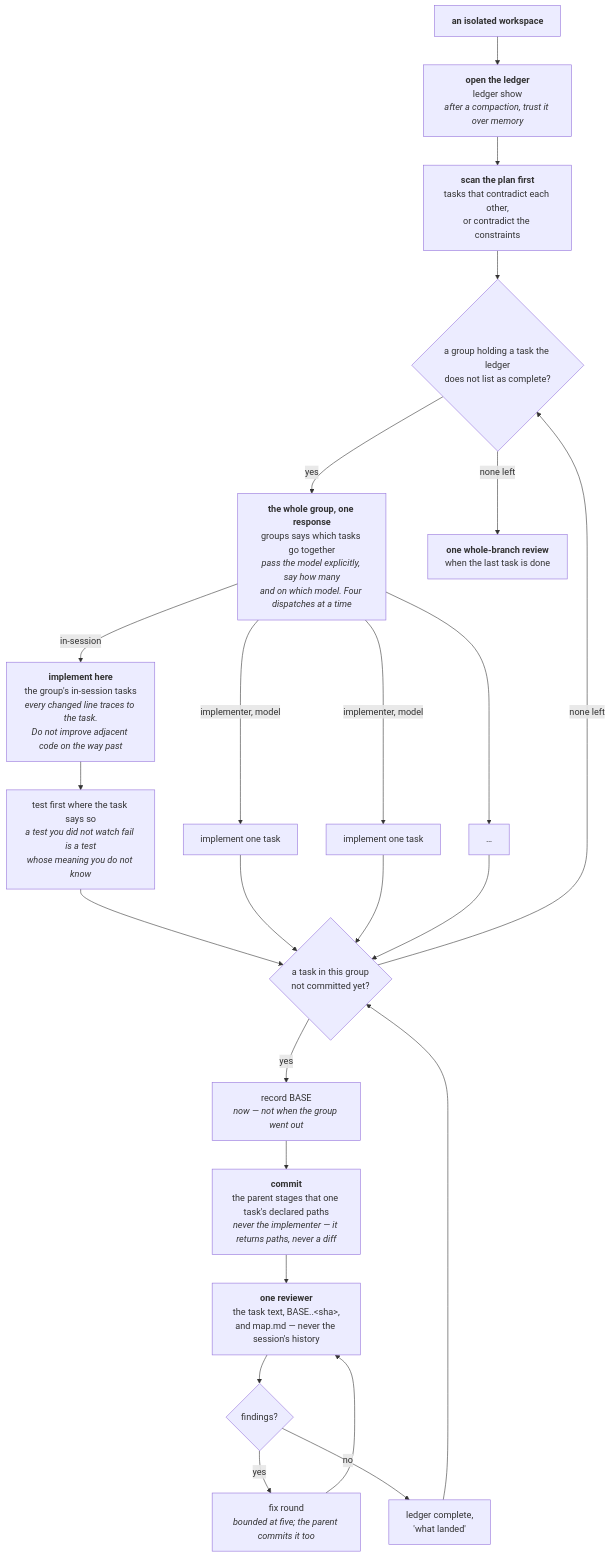
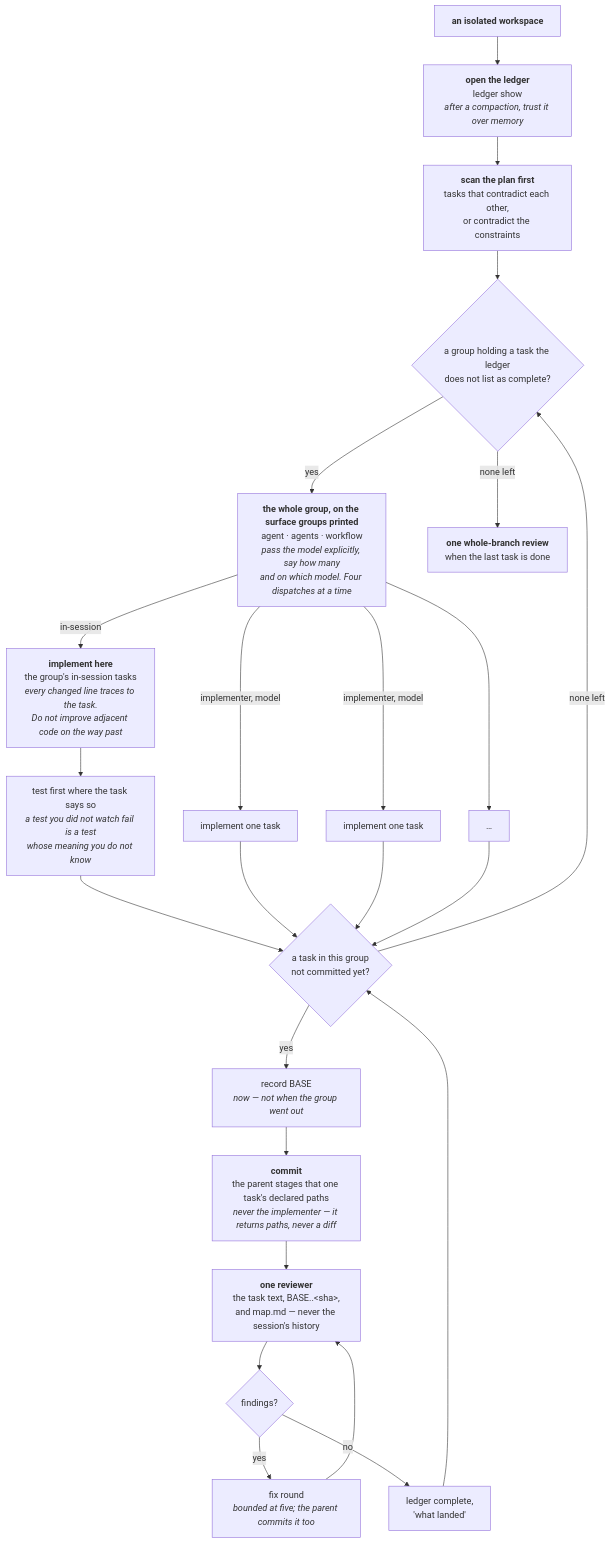
The fourth of 8 diagrams in docs/pipeline.md (FanFantom9452/FanKeel), drawn with Mermaid before and after one commit. The commit also changed other lines of this file and 2 other files, not shown here.

````diff
--- a/docs/pipeline.md
+++ b/docs/pipeline.md
@@ -454,43 +462,43 @@
 ```mermaid
 flowchart TD
     S1["<b>an isolated workspace</b>"]
     S2["<b>open the ledger</b><br/>ledger show<br/><i>after a compaction, trust it over memory</i>"]
     S3["<b>scan the plan first</b><br/>tasks that contradict each other,<br/>or contradict the constraints"]
     L{"a group holding a task the ledger<br/>does not list as complete?"}
-    D["<b>the whole group, one response</b><br/>groups says which tasks go together<br/><i>pass the model explicitly, say how many<br/>and on which model. Four dispatches at a time</i>"]
+    D["<b>the whole group, on the surface groups printed</b><br/>agent · agents · workflow<br/><i>pass the model explicitly, say how many<br/>and on which model. Four dispatches at a time</i>"]
     T2a["<b>implement here</b><br/>the group's in-session tasks<br/><i>every changed line traces to the task.<br/>Do not improve adjacent code on the way past</i>"]
     T2b1["implement one task"]
     T2b2["implement one task"]
     T2b3["…"]
     T3["test first where the task says so<br/><i>a test you did not watch fail is a test<br/>whose meaning you do not know</i>"]
     E{"a task in this group<br/>not committed yet?"}
     T1["record BASE<br/><i>now — not when the group went out</i>"]
     T4["<b>commit</b><br/>the parent stages that one task's declared paths<br/><i>never the implementer — it returns paths, never a diff</i>"]
     T5["<b>one reviewer</b><br/>the task text, BASE..&lt;sha&gt;,<br/>and map.md — never the session's history"]
     T6{"findings?"}
     T7["fix round<br/><i>bounded at five; the parent commits it too</i>"]
     T8["ledger complete,<br/>'what landed'"]
     R["<b>one whole-branch review</b><br/>when the last task is done"]
 
     S1 --> S2 --> S3 --> L
     L -- yes --> D
     D -- "in-session" --> T2a
     D -- "implementer, model" --> T2b1
     D -- "implementer, model" --> T2b2
     D --> T2b3
     T2a --> T3
     T3 --> E
     T2b1 --> E
     T2b2 --> E
     T2b3 --> E
     E -- yes --> T1
     T1 --> T4
     T4 --> T5
     T5 --> T6
     T6 -- yes --> T7
     T7 --> T5
     T6 -- no --> T8
     T8 --> E
     E -- "none left" --> L
     L -- "none left" --> R
 ```
````
